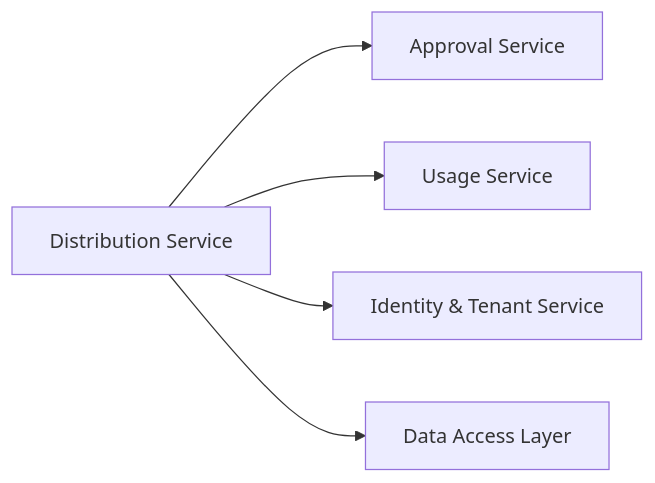
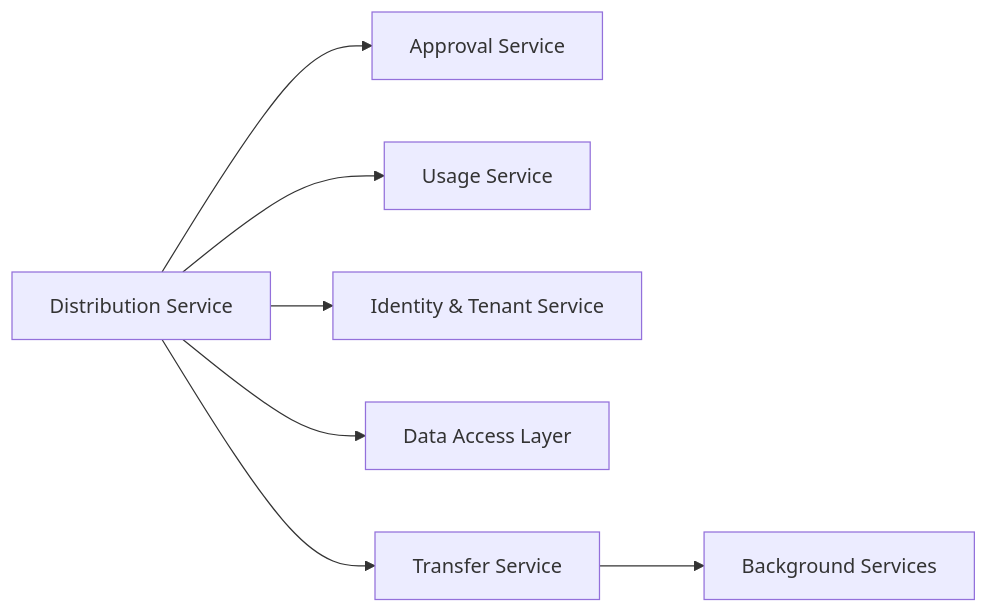
The eighth of 8 diagrams in .qoder/repowiki/en/content/Core Services Implementation/Distribution Service.md (lamhongbac/NonCash), drawn with Mermaid before and after one commit. The commit also changed other lines of this file and 13 other files, not shown here.

````diff
--- a/.qoder/repowiki/en/content/Core Services Implementation/Distribution Service.md
+++ b/.qoder/repowiki/en/content/Core Services Implementation/Distribution Service.md
@@ -328,7 +386,9 @@
 ```mermaid
 graph LR
 DistSvc["Distribution Service"] --> ApprovalSvc["Approval Service"]
 DistSvc --> UsageSvc["Usage Service"]
 DistSvc --> IdentitySvc["Identity & Tenant Service"]
 DistSvc --> DAL["Data Access Layer"]
+DistSvc --> TransferSvc["Transfer Service"]
+TransferSvc --> BackgroundSvc["Background Services"]
 ```
````
